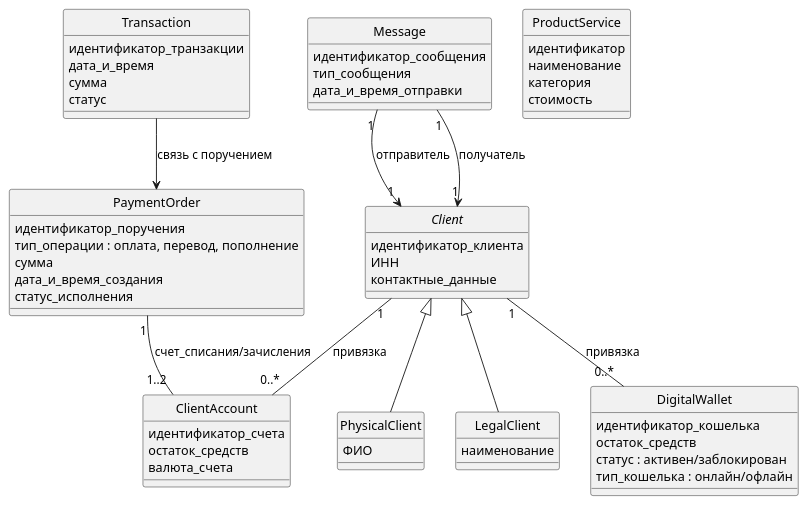
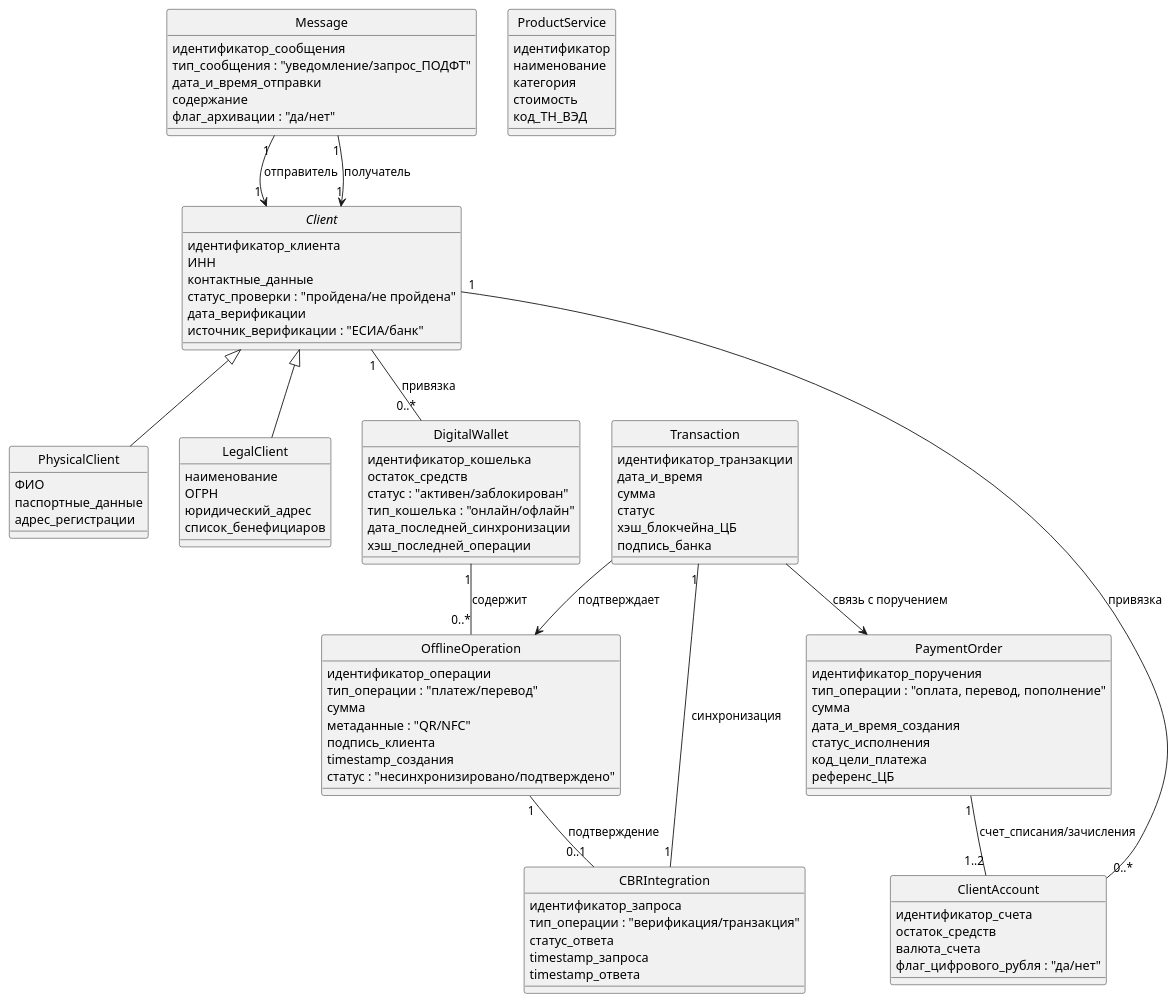
The diagram in logical-arch.plantuml (shelepovg/architech-2025), drawn with PlantUML before and after one commit. The commit also changed 12 other files, not shown here.

Commit message:
подправил схемы после ревью

```diff
--- a/logical-arch.plantuml
+++ b/logical-arch.plantuml
@@ -1,74 +1,114 @@
 @startuml
 skinparam classAttributeIconSize 0
 hide circle
 
 abstract class Client {
   идентификатор_клиента
   ИНН
   контактные_данные
+  статус_проверки : "пройдена/не пройдена"
+  дата_верификации
+  источник_верификации : "ЕСИА/банк"
 }
 
 class PhysicalClient {
   ФИО
+  паспортные_данные
+  адрес_регистрации
 }
 
 class LegalClient {
   наименование
+  ОГРН
+  юридический_адрес
+  список_бенефициаров
 }
 
 Client <|-- PhysicalClient
 Client <|-- LegalClient
 
 class DigitalWallet {
   идентификатор_кошелька
   остаток_средств
-  статус : активен/заблокирован
-  тип_кошелька : онлайн/офлайн
+  статус : "активен/заблокирован"
+  тип_кошелька : "онлайн/офлайн"
+  дата_последней_синхронизации
+  хэш_последней_операции
+}
+
+class OfflineOperation {
+  идентификатор_операции
+  тип_операции : "платеж/перевод"
+  сумма
+  метаданные : "QR/NFC"
+  подпись_клиента
+  timestamp_создания
+  статус : "несинхронизировано/подтверждено"
 }
 
 Client "1" -- "0..*" DigitalWallet : привязка
+DigitalWallet "1" -- "0..*" OfflineOperation : содержит
 
 class ClientAccount {
   идентификатор_счета
   остаток_средств
   валюта_счета
+  флаг_цифрового_рубля : "да/нет"
 }
 
 Client "1" -- "0..*" ClientAccount : привязка
 
 class PaymentOrder {
   идентификатор_поручения
-  тип_операции : оплата, перевод, пополнение
+  тип_операции : "оплата, перевод, пополнение"
   сумма
   дата_и_время_создания
   статус_исполнения
+  код_цели_платежа
+  референс_ЦБ
 }
 
 PaymentOrder "1" -- "1..2" ClientAccount : счет_списания/зачисления
 
 class Transaction {
   идентификатор_транзакции
   дата_и_время
   сумма
   статус
+  хэш_блокчейна_ЦБ
+  подпись_банка
 }
 
 Transaction --> PaymentOrder : связь с поручением
+Transaction --> OfflineOperation : подтверждает
+
+class CBRIntegration {
+  идентификатор_запроса
+  тип_операции : "верификация/транзакция"
+  статус_ответа
+  timestamp_запроса
+  timestamp_ответа
+}
+
+Transaction "1" -- "1" CBRIntegration : синхронизация
+OfflineOperation "1" -- "0..1" CBRIntegration : подтверждение
 
 class ProductService {
   идентификатор
   наименование
   категория
   стоимость
+  код_ТН_ВЭД
 }
 
 class Message {
   идентификатор_сообщения
-  тип_сообщения
+  тип_сообщения : "уведомление/запрос_ПОДФТ"
   дата_и_время_отправки
+  содержание
+  флаг_архивации : "да/нет"
 }
 
 Message "1" --> "1" Client : отправитель
 Message "1" --> "1" Client : получатель
-
 @enduml
```
